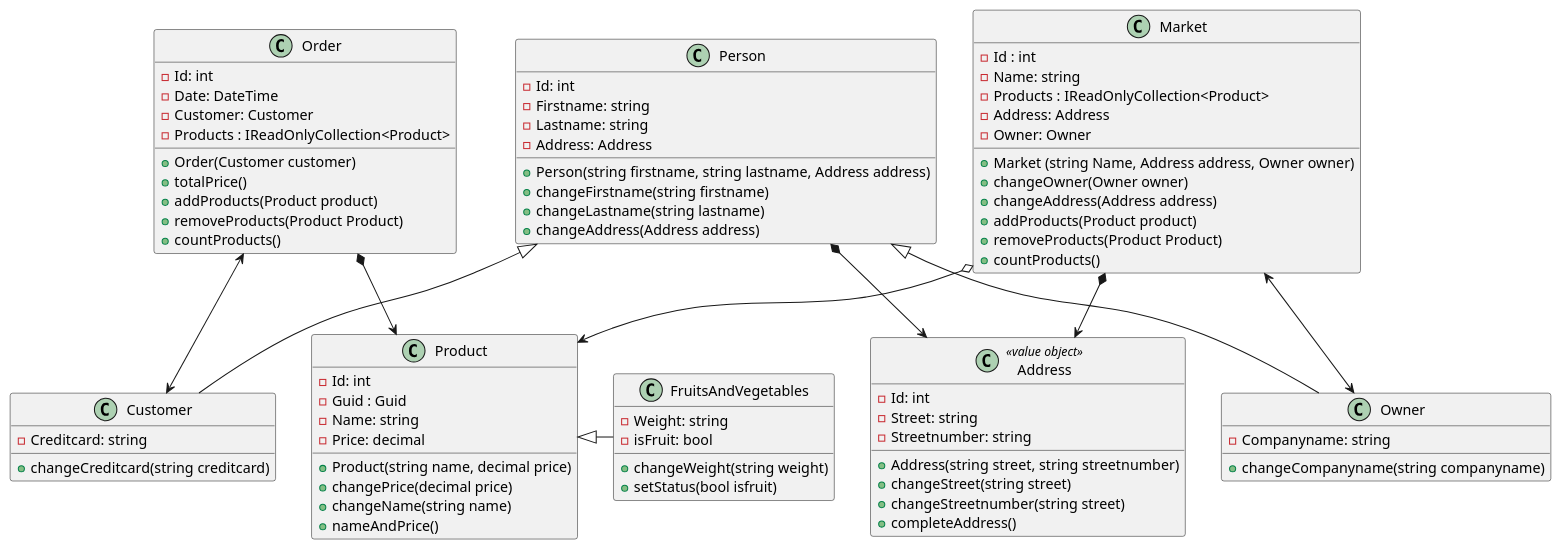
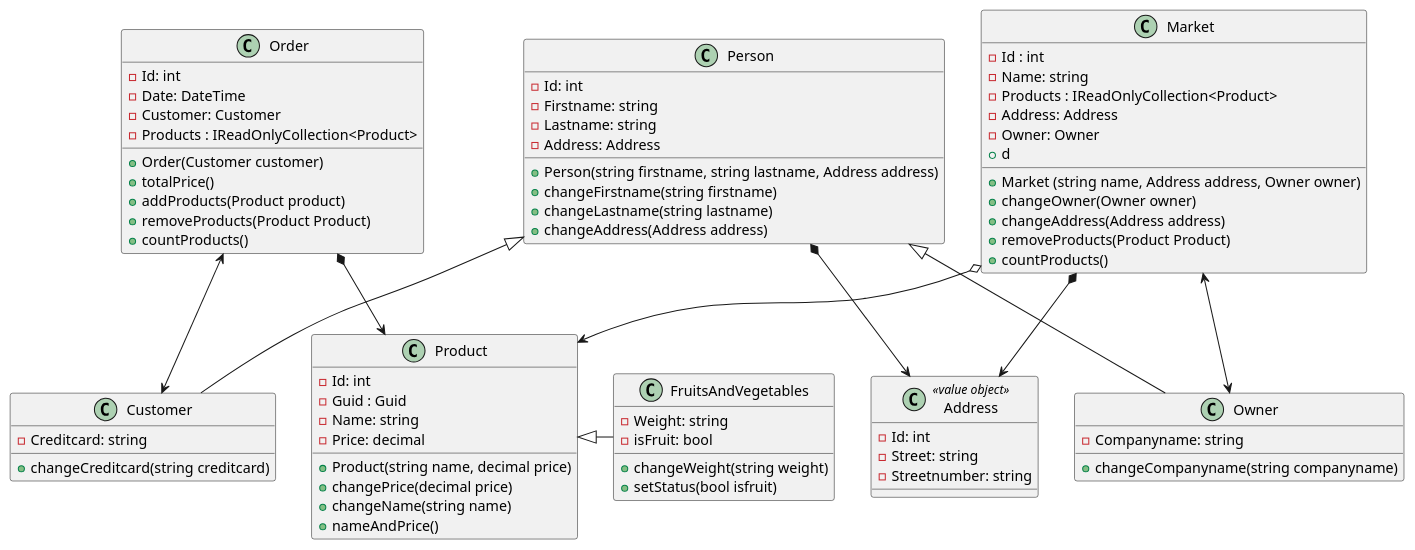
Before and after one commit to Nik22370/Fruitmarket: the diagram in Fruitmarket.puml, drawn with PlantUML. The commit also changed 148 other files, not shown here.

```diff
--- a/Fruitmarket.puml
+++ b/Fruitmarket.puml
@@ -1,84 +1,81 @@
 @startuml
 class Market
 {
 - Id : int 
 - Name: string
 - Products : IReadOnlyCollection<Product>
 - Address: Address
 - Owner: Owner
-+ Market (string Name, Address address, Owner owner)
++ Market (string name, Address address, Owner owner)
 + changeOwner(Owner owner)
 + changeAddress(Address address)
-+ addProducts(Product product)
++ d
 + removeProducts(Product Product)
 + countProducts()
 }
 
 class Person{
     - Id: int
     - Firstname: string
     - Lastname: string
     - Address: Address
     + Person(string firstname, string lastname, Address address)
     + changeFirstname(string firstname)
     + changeLastname(string lastname)
     + changeAddress(Address address)
 }
 
 class Customer{
     - Creditcard: string
     + changeCreditcard(string creditcard)
 }
 class Owner{
     - Companyname: string
     + changeCompanyname(string companyname)
 }
 class Address <<value object>>{
     - Id: int
     - Street: string
     - Streetnumber: string
-    + Address(string street, string streetnumber)
-    + changeStreet(string street)
-    + changeStreetnumber(string street)
-    + completeAddress()
+    
 }
 class Product{
     - Id: int
     - Guid : Guid
     - Name: string
     - Price: decimal
     + Product(string name, decimal price)
     + changePrice(decimal price)
     + changeName(string name)
     + nameAndPrice()
 }
 class FruitsAndVegetables{
     - Weight: string
     - isFruit: bool
     + changeWeight(string weight)
     + setStatus(bool isfruit)
 }
 
 class Order{
     - Id: int
     - Date: DateTime
     - Customer: Customer
     - Products : IReadOnlyCollection<Product>
     + Order(Customer customer)
     + totalPrice()
     + addProducts(Product product)
     + removeProducts(Product Product)
     + countProducts()
 }
 
 
 Owner -up-|> Person
 FruitsAndVegetables -up|> Product
 Customer -up-|> Person
 Market o--> Product
 Market <--> Owner
 Order <--> Customer
 Order *--> Product
 Person *--> Address
 Market *--> Address
 @enduml
```
